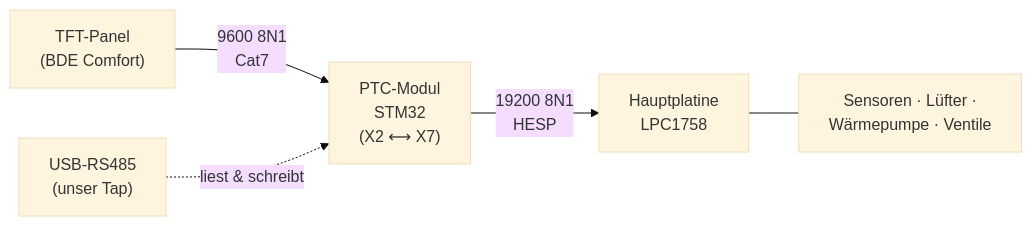
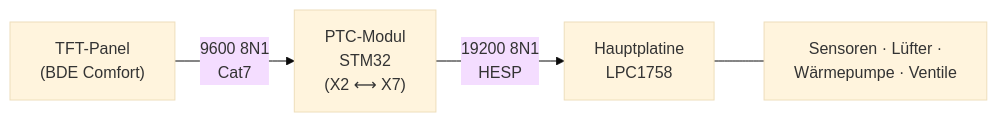
The diagram in docs/index.md (markusmauch/proxon-hesp), drawn with Mermaid (base theme) before and after one commit. The commit also changed other lines of this file and 9 other files, not shown here.

````diff
--- a/docs/index.md
+++ b/docs/index.md
@@ -25,7 +23,6 @@
 ```mermaid
 flowchart LR
     BDE["TFT-Panel<br/>(BDE Comfort)"] -->|9600 8N1<br/>Cat7| PTC["PTC-Modul<br/>STM32<br/>(X2 ⟷ X7)"]
     PTC -->|19200 8N1<br/>HESP| LPC["Hauptplatine<br/>LPC1758"]
-    STICK["USB-RS485<br/>(unser Tap)"] -.->|liest & schreibt| PTC
     LPC --- SENS["Sensoren · Lüfter ·<br/>Wärmepumpe · Ventile"]
 ```
````
